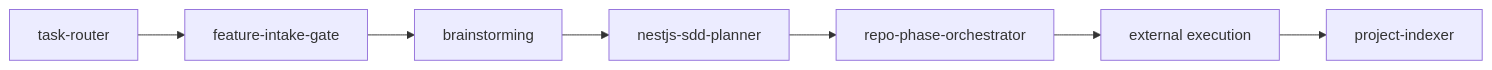
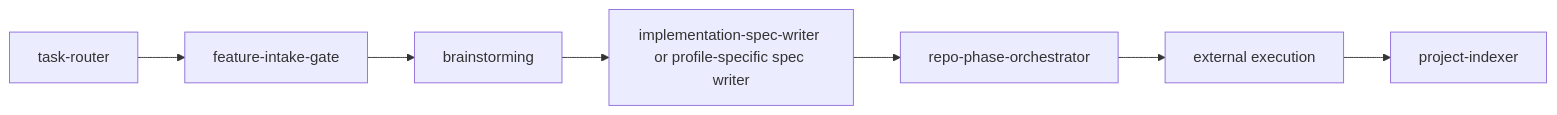
The fifth of 10 diagrams in README.md (HoanDo95/CodexMinimal), drawn with Mermaid before and after one commit. The commit also changed other lines of this file and 67 other files, not shown here.

````diff
--- a/README.md
+++ b/README.md
@@ -77,9 +118,9 @@
 ```mermaid
 flowchart LR
     A[task-router] --> B[feature-intake-gate]
     B --> C[brainstorming]
-    C --> D[nestjs-sdd-planner]
+    C --> D[implementation-spec-writer or profile-specific spec writer]
     D --> E[repo-phase-orchestrator]
     E --> F[external execution]
     F --> G[project-indexer]
 ```
````
